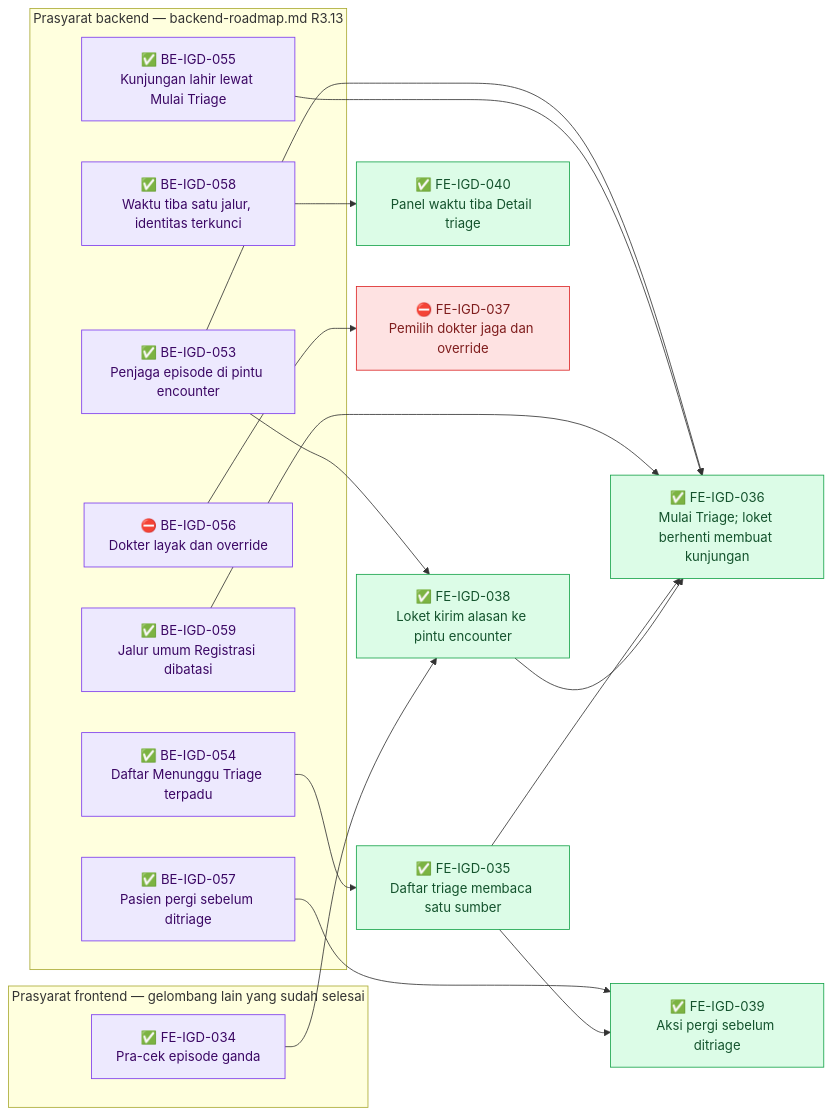
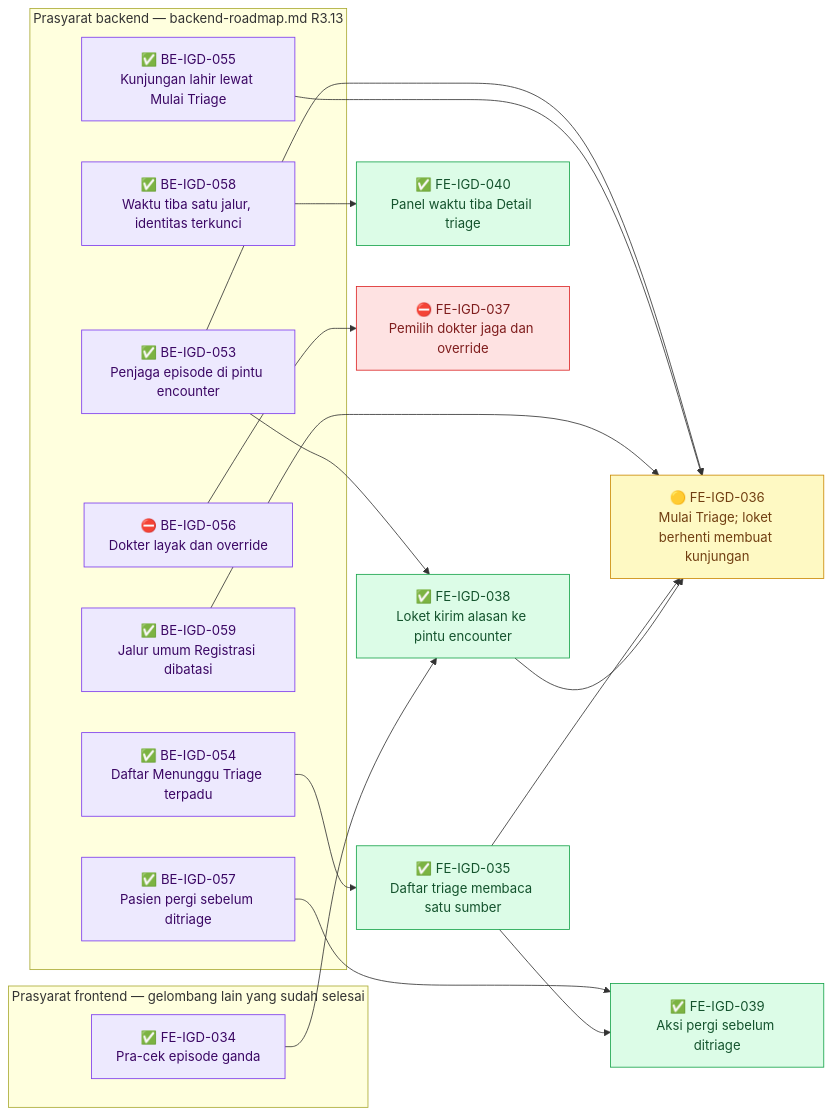
One commit to DevBenari/NewQuilvianSystemBackend changed diagram 11 of 12 in docs/module-blueprints/igd/roadmap/frontend-roadmap.md. Above: the diagram before and after it, drawn with Mermaid. The commit also changed other lines of this file and 8 other files, not shown here.

First line of the commit message:
docs(igd): IGD-DEC-182 rute petugas loket, catatan API 8.1, FE-IGD-036 dibuka ulang

````diff
--- a/docs/module-blueprints/igd/roadmap/frontend-roadmap.md
+++ b/docs/module-blueprints/igd/roadmap/frontend-roadmap.md
@@ -1264,42 +1264,42 @@
 ```mermaid
 flowchart LR
     classDef selesai fill:#DCFCE7,stroke:#16A34A,color:#14532D
     classDef sebagian fill:#FEF9C3,stroke:#CA8A04,color:#713F12
     classDef terblokir fill:#FEE2E2,stroke:#DC2626,color:#7F1D1D
     classDef belum fill:#F1F5F9,stroke:#64748B,color:#0F172A
     classDef luar fill:#EDE9FE,stroke:#7C3AED,color:#3B0764
 
     subgraph backend["Prasyarat backend — backend-roadmap.md R3.13"]
         BEIGD053["✅ BE-IGD-053<br/>Penjaga episode di pintu encounter"]:::luar
         BEIGD054["✅ BE-IGD-054<br/>Daftar Menunggu Triage terpadu"]:::luar
         BEIGD055["✅ BE-IGD-055<br/>Kunjungan lahir lewat Mulai Triage"]:::luar
         BEIGD056["⛔ BE-IGD-056<br/>Dokter layak dan override"]:::luar
         BEIGD057["✅ BE-IGD-057<br/>Pasien pergi sebelum ditriage"]:::luar
         BEIGD058["✅ BE-IGD-058<br/>Waktu tiba satu jalur, identitas terkunci"]:::luar
         BEIGD059["✅ BE-IGD-059<br/>Jalur umum Registrasi dibatasi"]:::luar
     end
 
     subgraph frontendlain["Prasyarat frontend — gelombang lain yang sudah selesai"]
         FEIGD034["✅ FE-IGD-034<br/>Pra-cek episode ganda"]:::luar
     end
 
     FEIGD035["✅ FE-IGD-035<br/>Daftar triage membaca satu sumber"]:::selesai
     FEIGD038["✅ FE-IGD-038<br/>Loket kirim alasan ke pintu encounter"]:::selesai
     FEIGD040["✅ FE-IGD-040<br/>Panel waktu tiba Detail triage"]:::selesai
     FEIGD039["✅ FE-IGD-039<br/>Aksi pergi sebelum ditriage"]:::selesai
-    FEIGD036["✅ FE-IGD-036<br/>Mulai Triage; loket berhenti membuat kunjungan"]:::selesai
+    FEIGD036["🟡 FE-IGD-036<br/>Mulai Triage; loket berhenti membuat kunjungan"]:::sebagian
     FEIGD037["⛔ FE-IGD-037<br/>Pemilih dokter jaga dan override"]:::terblokir
 
     BEIGD054 --> FEIGD035
     BEIGD053 --> FEIGD038
     FEIGD034 --> FEIGD038
     BEIGD058 --> FEIGD040
     BEIGD057 --> FEIGD039
     FEIGD035 --> FEIGD039
     BEIGD053 --> FEIGD036
     BEIGD055 --> FEIGD036
     BEIGD059 --> FEIGD036
     FEIGD035 --> FEIGD036
     FEIGD038 --> FEIGD036
     BEIGD056 --> FEIGD037
 ```
````
